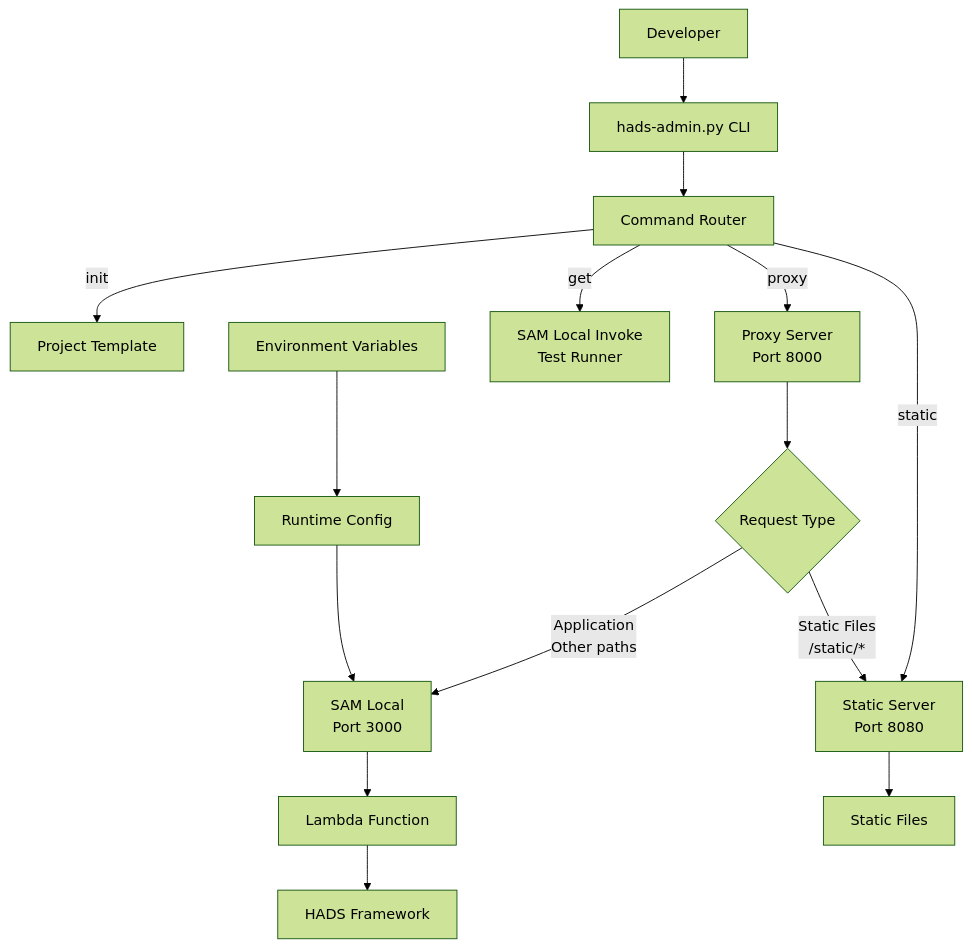
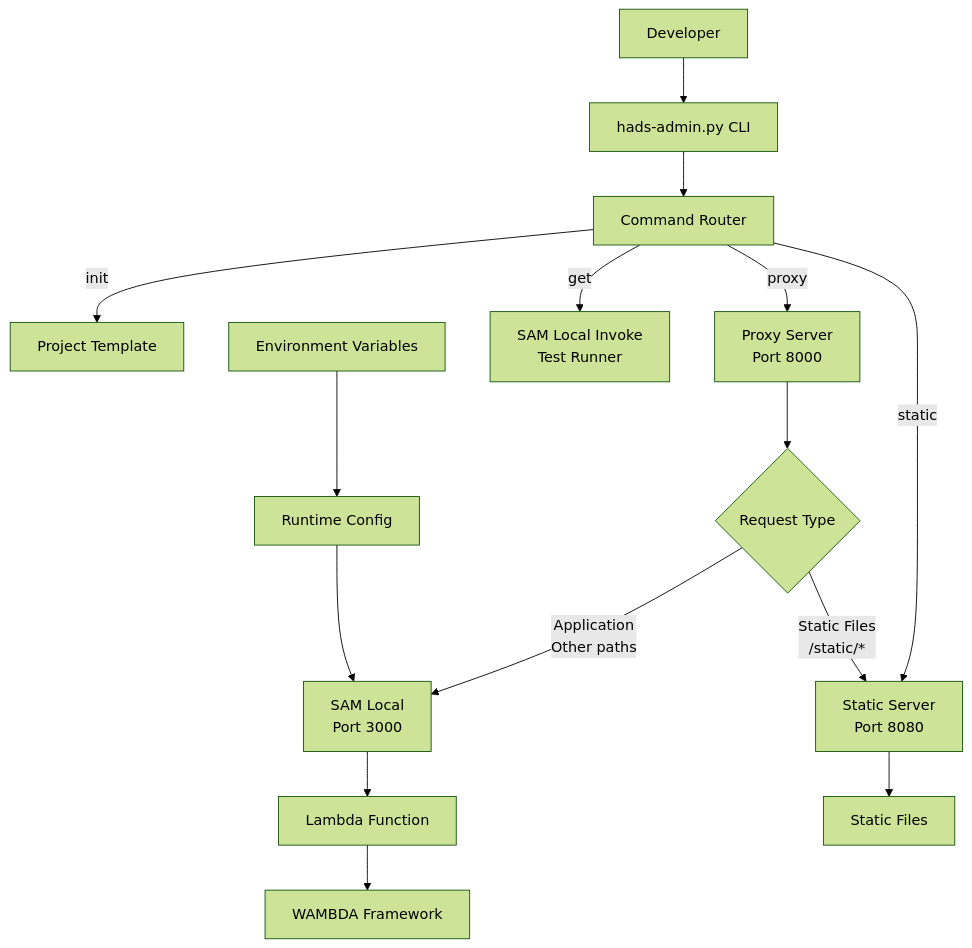
Before and after one commit to h-akira/wambda: the diagram in design/05_development_environment.md, drawn with Mermaid (forest theme). The commit also changed other lines of this file and 31 other files, not shown here.

````diff
--- a/design/05_development_environment.md
+++ b/design/05_development_environment.md
@@ -18,21 +18,21 @@
 ```mermaid
 graph TD
     A[Developer] --> B[hads-admin.py CLI]
     B --> C[Command Router]
     
     C -->|init| D[Project Template]
     C -->|proxy| E[Proxy Server<br/>Port 8000]
     C -->|static| F[Static Server<br/>Port 8080] 
     C -->|get| G[SAM Local Invoke<br/>Test Runner]
     
     E --> H{Request Type}
     H -->|Static Files<br/>/static/*| F
     H -->|Application<br/>Other paths| I[SAM Local<br/>Port 3000]
     
     I --> J[Lambda Function]
-    J --> K[HADS Framework]
+    J --> K[WAMBDA Framework]
     F --> L[Static Files]
     
     M[Environment Variables] --> N[Runtime Config]
     N --> I
 ```
````
